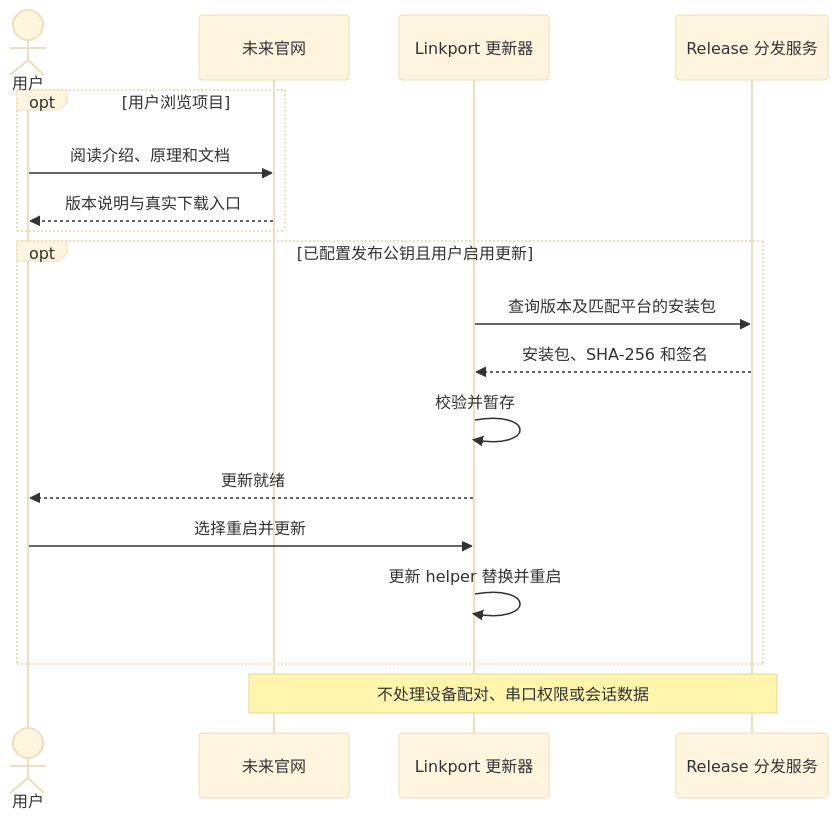
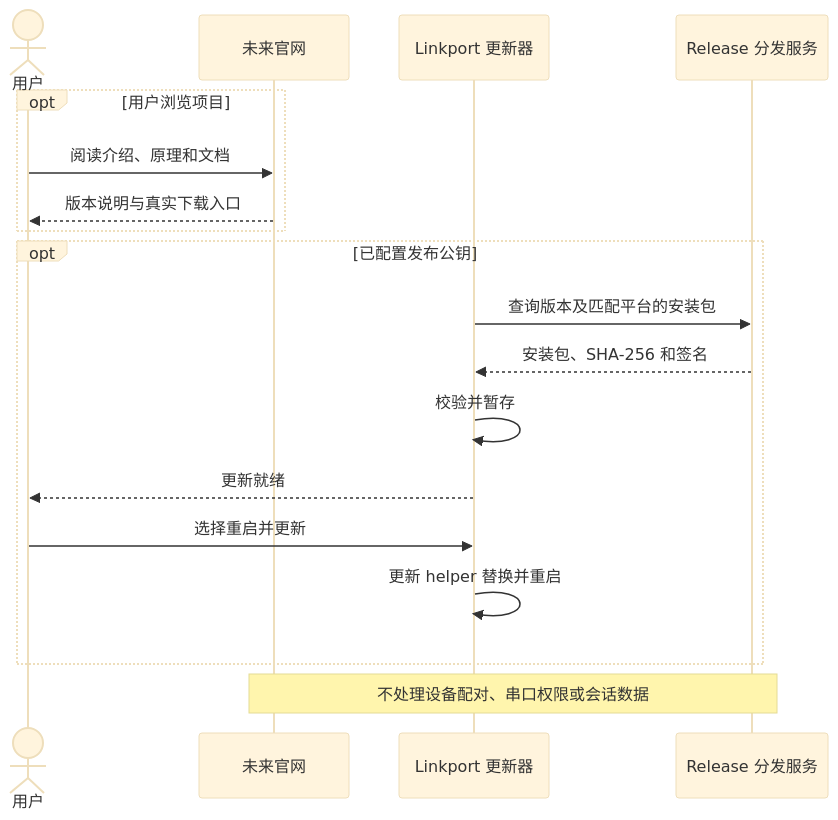
Diagram 11 of 11 in docs/interaction-sequences.md (Sid9017/linkport), drawn with Mermaid (base theme) before and after one commit. The commit also changed other lines of this file and 52 other files, not shown here.

````diff
--- a/docs/interaction-sequences.md
+++ b/docs/interaction-sequences.md
@@ -342,20 +342,20 @@
 ```mermaid
 sequenceDiagram
     actor User as 用户
     participant Site as 未来官网
     participant Host as Linkport 更新器
     participant Release as Release 分发服务
     opt 用户浏览项目
         User->>Site: 阅读介绍、原理和文档
         Site-->>User: 版本说明与真实下载入口
     end
-    opt 已配置发布公钥且用户启用更新
+    opt 已配置发布公钥
         Host->>Release: 查询版本及匹配平台的安装包
         Release-->>Host: 安装包、SHA-256 和签名
         Host->>Host: 校验并暂存
         Host-->>User: 更新就绪
         User->>Host: 选择重启并更新
         Host->>Host: 更新 helper 替换并重启
     end
     Note over Site,Release: 不处理设备配对、串口权限或会话数据
 ```
````
